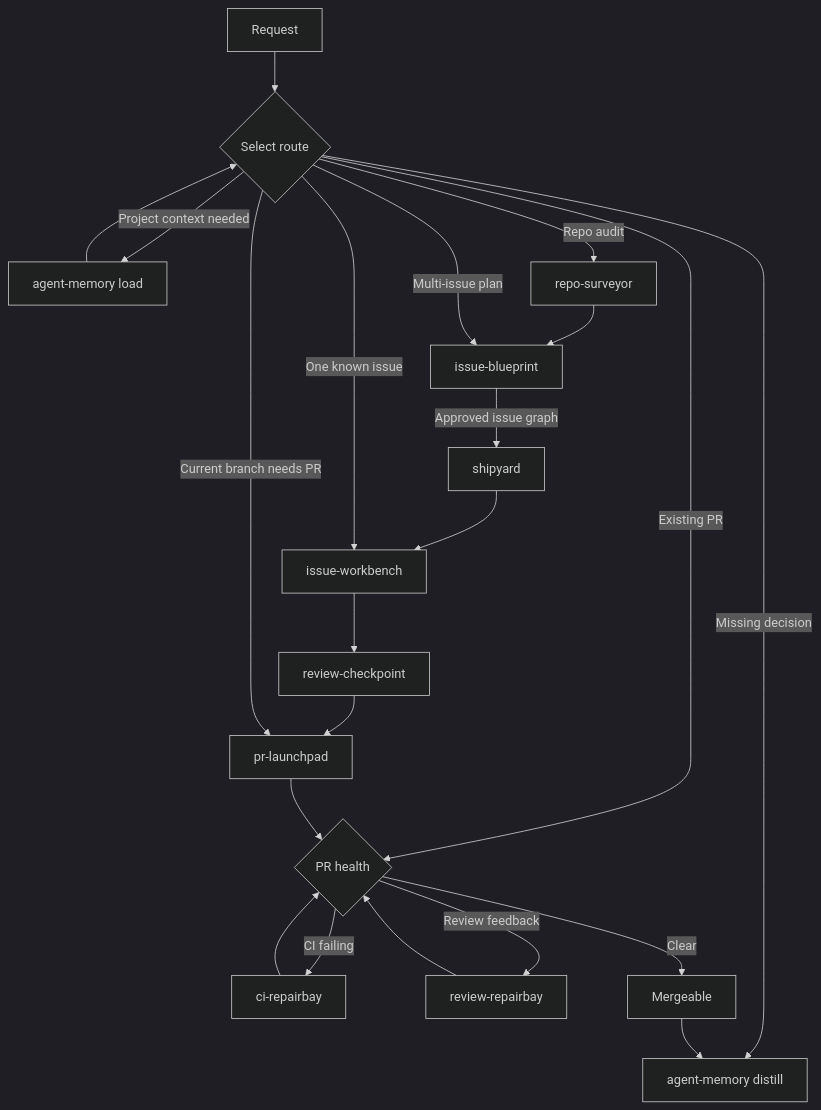
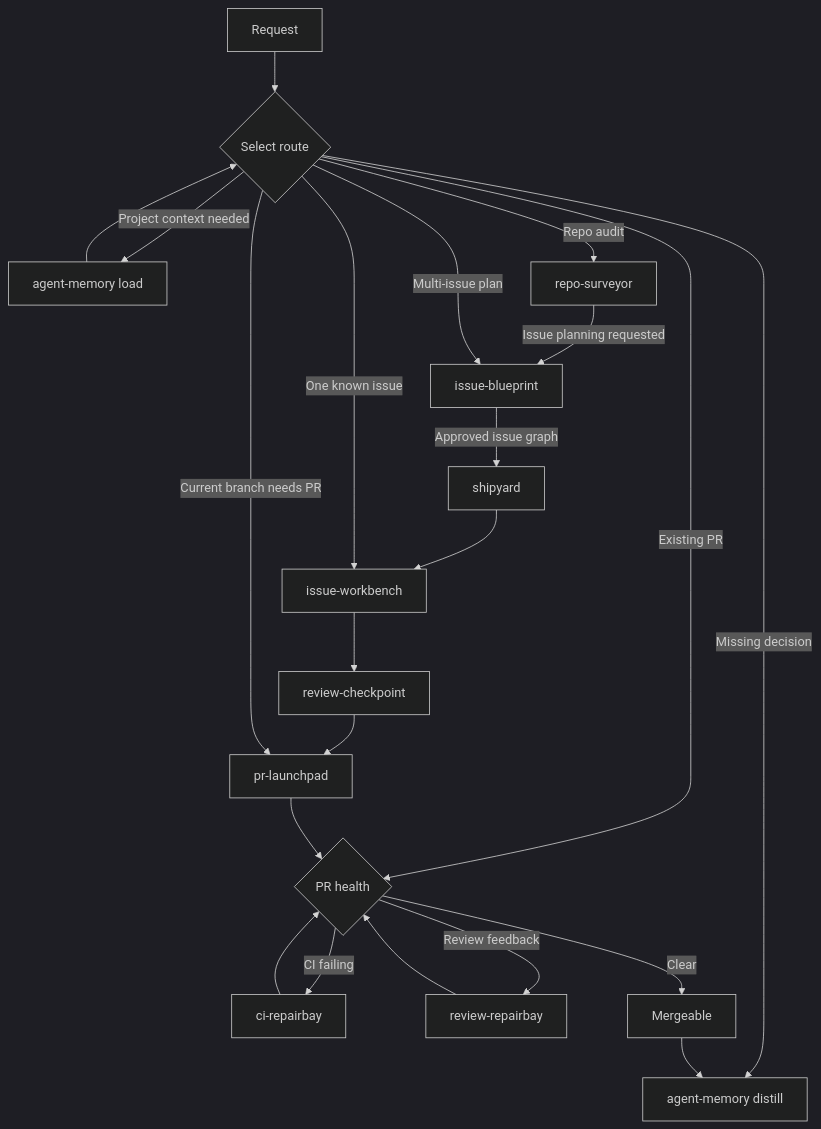
Before and after one commit to HenryQW/skills: the diagram in README.md, drawn with Mermaid (dark theme). The commit also changed other lines of this file and 5 other files, not shown here.

````diff
--- a/README.md
+++ b/README.md
@@ -28,24 +28,24 @@
 ```mermaid
 flowchart TD
   request["Request"] --> route{"Select route"}
   route -->|Project context needed| load["agent-memory load"]
   load --> route
   route -->|Repo audit| survey["repo-surveyor"]
-  survey --> blueprint["issue-blueprint"]
+  survey -->|Issue planning requested| blueprint["issue-blueprint"]
   route -->|Multi-issue plan| blueprint
   blueprint -->|Approved issue graph| shipyard["shipyard"]
   shipyard --> workbench["issue-workbench"]
   route -->|One known issue| workbench
   workbench --> checkpoint["review-checkpoint"]
   checkpoint --> launch["pr-launchpad"]
   route -->|Current branch needs PR| launch
   route -->|Existing PR| health{"PR health"}
   launch --> health
   health -->|CI failing| ci["ci-repairbay"]
   ci --> health
   health -->|Review feedback| repair["review-repairbay"]
   repair --> health
   health -->|Clear| done["Mergeable"]
   route -->|Missing decision| distill["agent-memory distill"]
   done --> distill
 ```
````
